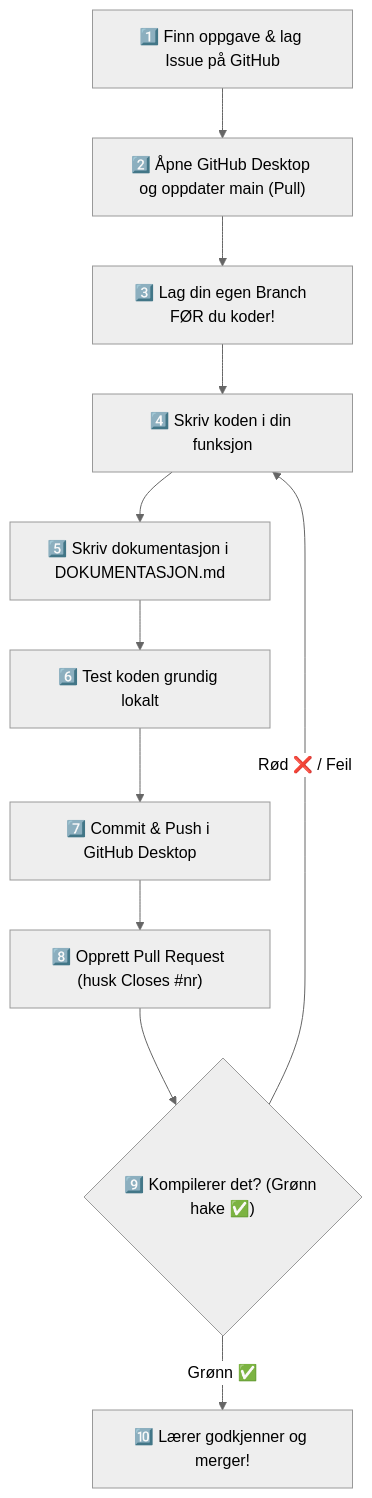
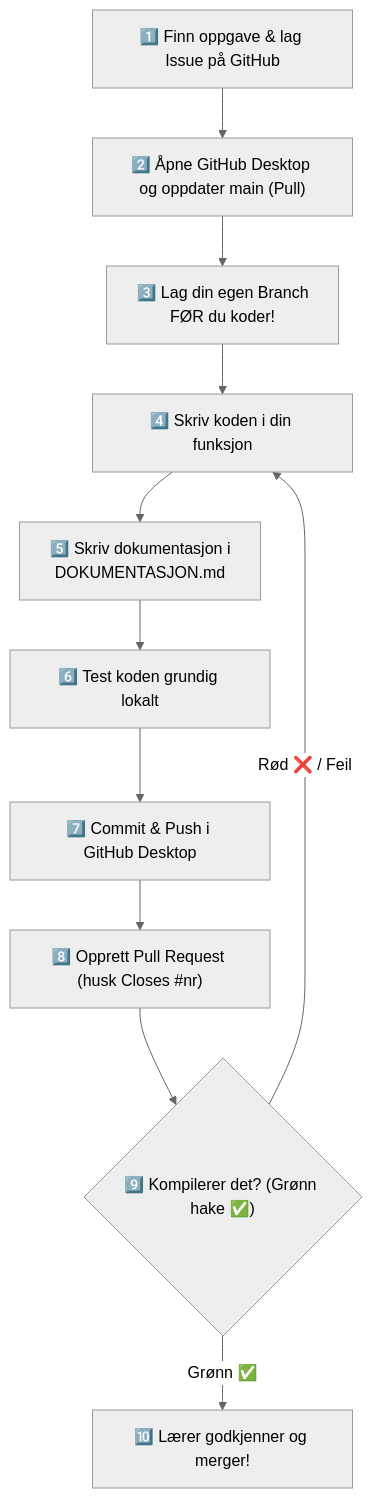
One commit to 1ELER26-27/Klokkeprosjekt2026 changed the diagram in LEVERINGSGUIDE.md. Above: the diagram before and after it, drawn with Mermaid (neutral theme).

Commit message:
Fix formatting issues in LEVERINGSGUIDE.md

````diff
--- a/LEVERINGSGUIDE.md
+++ b/LEVERINGSGUIDE.md
@@ -12,13 +12,15 @@
 ```mermaid
 flowchart TD
     A["1️⃣ Finn oppgave & lag Issue på GitHub"] --> B["2️⃣ Åpne GitHub Desktop og oppdater main (Pull)"]
-    B --> C["3️⃣ Lag din egen Branch FØR du koder!"]
+    B --> C["3️⃣ Lag din egen Branch
+FØR du koder!"]
     C --> D["4️⃣ Skriv koden i din funksjon"]
-    D --> E["5️⃣ Skriv dokumentasjon i DOKUMENTASJON.md"]
+    D --> E["5️⃣ Skriv dokumentasjon i
+DOKUMENTASJON.md"]
     E --> F["6️⃣ Test koden grundig lokalt"]
     F --> G["7️⃣ Commit & Push i GitHub Desktop"]
     G --> H["8️⃣ Opprett Pull Request (husk Closes #nr)"]
     H --> I{"9️⃣ Kompilerer det? (Grønn hake ✅)"}
     I -- Rød ❌ / Feil --> D
     I -- Grønn ✅ --> J["🔟 Lærer godkjenner og merger!"]
 ```
````
